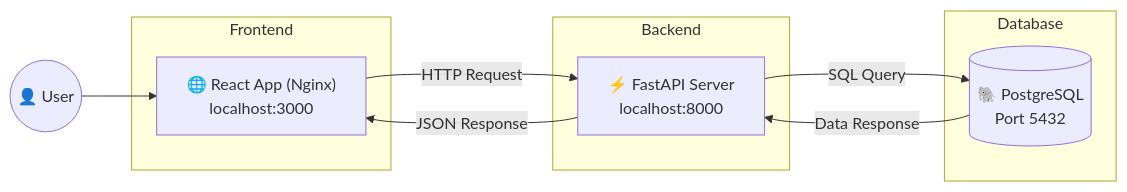
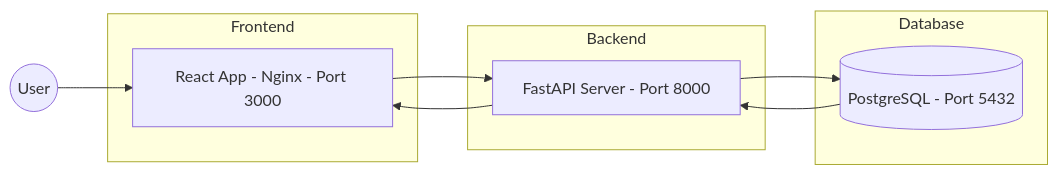
Before and after one commit to aidilsaputrakirsan-classroom/cc-kelompok-a-suksesss: the first of 5 diagrams in docs/arsitektur-sistem.md, drawn with Mermaid. The commit also changed other lines of this file and 1 other file, not shown here.

````diff
--- a/docs/arsitektur-sistem.md
+++ b/docs/arsitektur-sistem.md
@@ -9,22 +9,22 @@
 ```mermaid
 graph LR
-    User((👤 User))
-    
+    User((User))
+
     subgraph Frontend
-        FE["🌐 React App (Nginx)<br/>localhost:3000"]
+        FE[React App - Nginx - Port 3000]
     end
-    
+
     subgraph Backend
-        BE["⚡ FastAPI Server<br/>localhost:8000"]
+        BE[FastAPI Server - Port 8000]
     end
-    
+
     subgraph Database
-        DB[("🐘 PostgreSQL<br/>Port 5432")]
+        DB[(PostgreSQL - Port 5432)]
     end
 
     User --> FE
-    FE -->|HTTP Request| BE
-    BE -->|SQL Query| DB
-    DB -->|Data Response| BE
-    BE -->|JSON Response| FE
+    FE --> BE
+    BE --> DB
+    DB --> BE
+    BE --> FE
 ```
````
